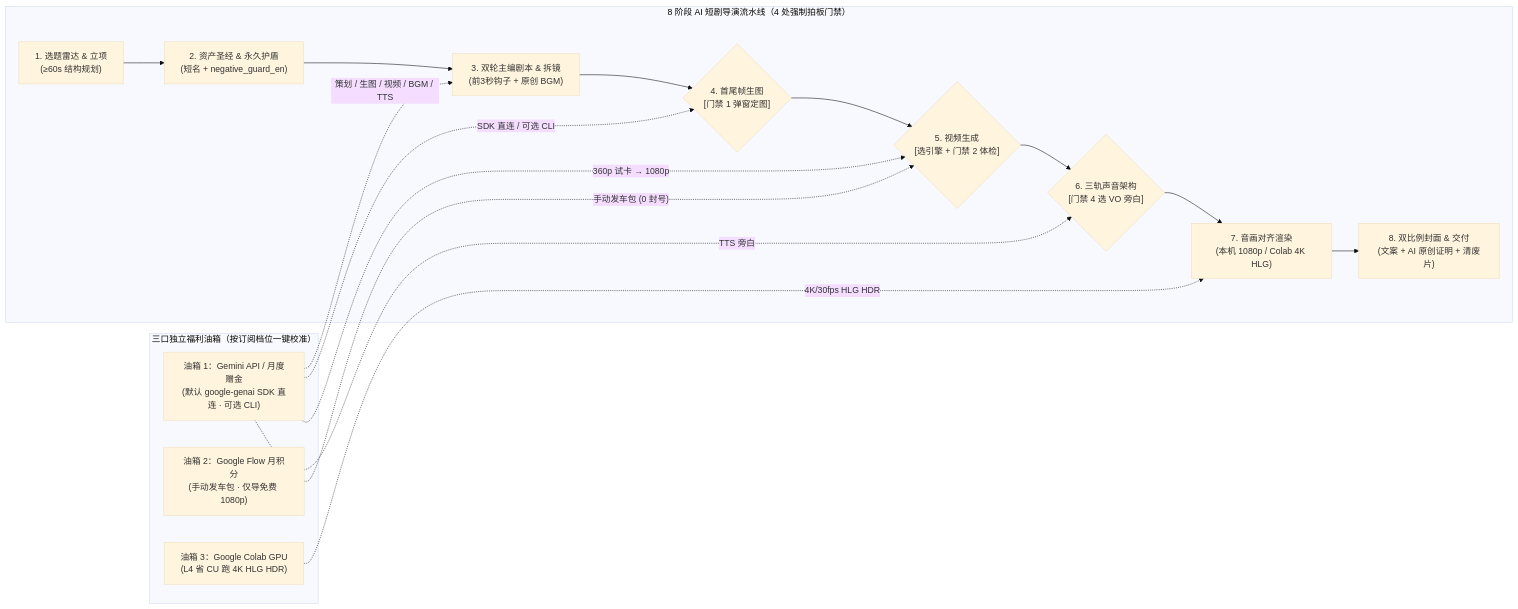
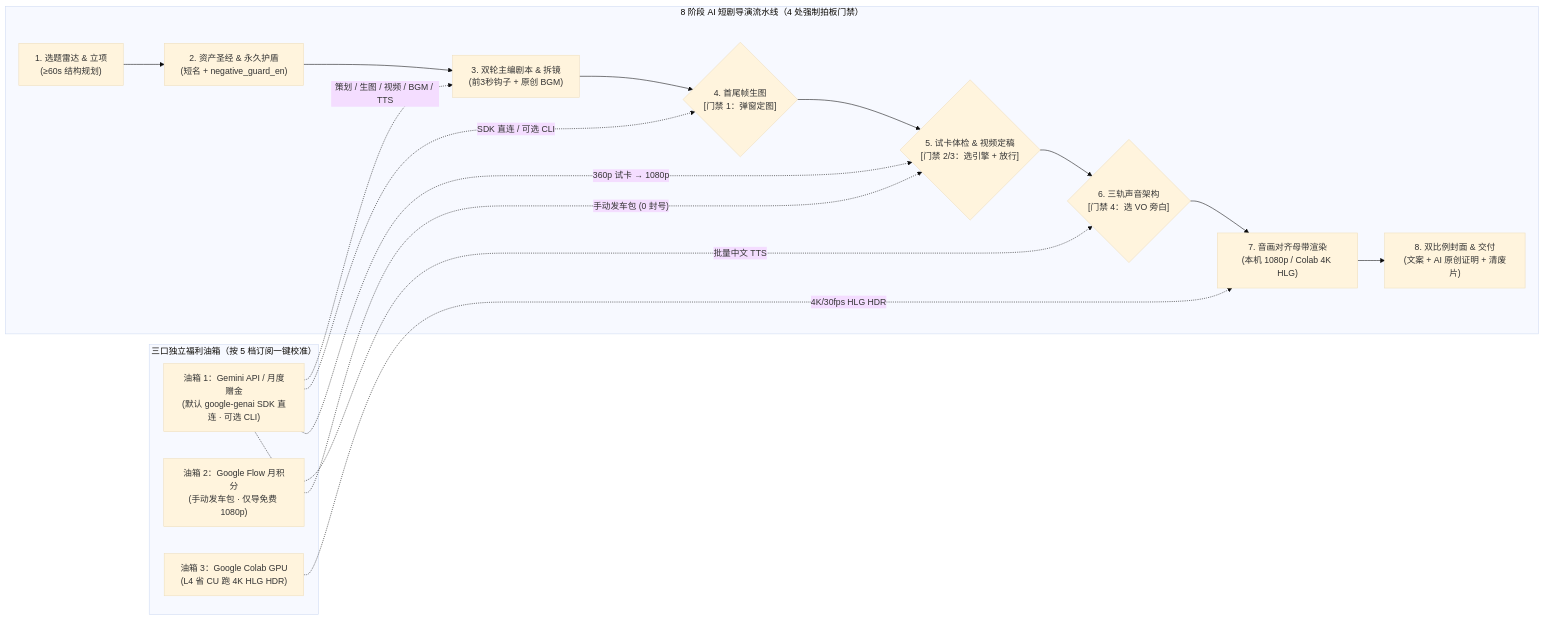
One commit to a78c7/antigravity-video-studio changed the diagram in README.md. Above: the diagram before and after it, drawn with Mermaid (base theme). The commit also changed other lines of this file and 4 other files, not shown here.

````diff
--- a/README.md
+++ b/README.md
@@ -45,25 +46,25 @@
 ```mermaid
 flowchart LR
-    subgraph TANKS["三口独立福利油箱（按订阅档位一键校准）"]
+    subgraph TANKS["三口独立福利油箱（按 5 档订阅一键校准）"]
         T1["油箱 1：Gemini API / 月度赠金<br/>(默认 google-genai SDK 直连 · 可选 CLI)"]
         T2["油箱 2：Google Flow 月积分<br/>(手动发车包 · 仅导免费 1080p)"]
         T3["油箱 3：Google Colab GPU<br/>(L4 省 CU 跑 4K HLG HDR)"]
     end
 
     subgraph PIPE["8 阶段 AI 短剧导演流水线（4 处强制拍板门禁）"]
         S1["1. 选题雷达 & 立项<br/>(≥60s 结构规划)"] --> S2["2. 资产圣经 & 永久护盾<br/>(短名 + negative_guard_en)"]
         S2 --> S3["3. 双轮主编剧本 & 拆镜<br/>(前3秒钩子 + 原创 BGM)"]
-        S3 --> G1{"4. 首尾帧生图<br/>[门禁 1 弹窗定图]"}
-        G1 --> G2{"5. 视频生成<br/>[选引擎 + 门禁 2 体检]"}
-        G2 --> G3{"6. 三轨声音架构<br/>[门禁 4 选 VO 旁白]"}
-        G3 --> S7["7. 音画对齐渲染<br/>(本机 1080p / Colab 4K HLG)"]
+        S3 --> G1{"4. 首尾帧生图<br/>[门禁 1：弹窗定图]"}
+        G1 --> G2{"5. 试卡体检 & 视频定稿<br/>[门禁 2/3：选引擎 + 放行]"}
+        G2 --> G3{"6. 三轨声音架构<br/>[门禁 4：选 VO 旁白]"}
+        G3 --> S7["7. 音画对齐母带渲染<br/>(本机 1080p / Colab 4K HLG)"]
         S7 --> S8["8. 双比例封面 & 交付<br/>(文案 + AI 原创证明 + 清废片)"]
     end
 
     T1 -. "策划 / 生图 / 视频 / BGM / TTS" .-> S3
     T1 -. "SDK 直连 / 可选 CLI" .-> G1
     T1 -. "360p 试卡 → 1080p" .-> G2
     T2 -. "手动发车包 (0 封号)" .-> G2
-    T1 -. "TTS 旁白" .-> G3
+    T1 -. "批量中文 TTS" .-> G3
     T3 -. "4K/30fps HLG HDR" .-> S7
 ```
````
